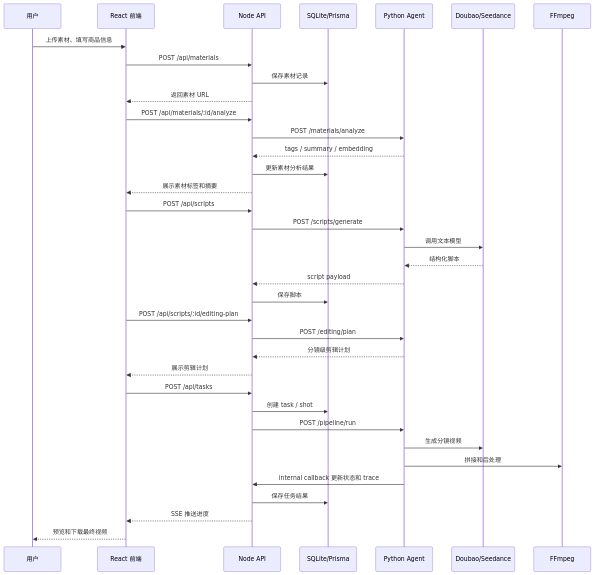
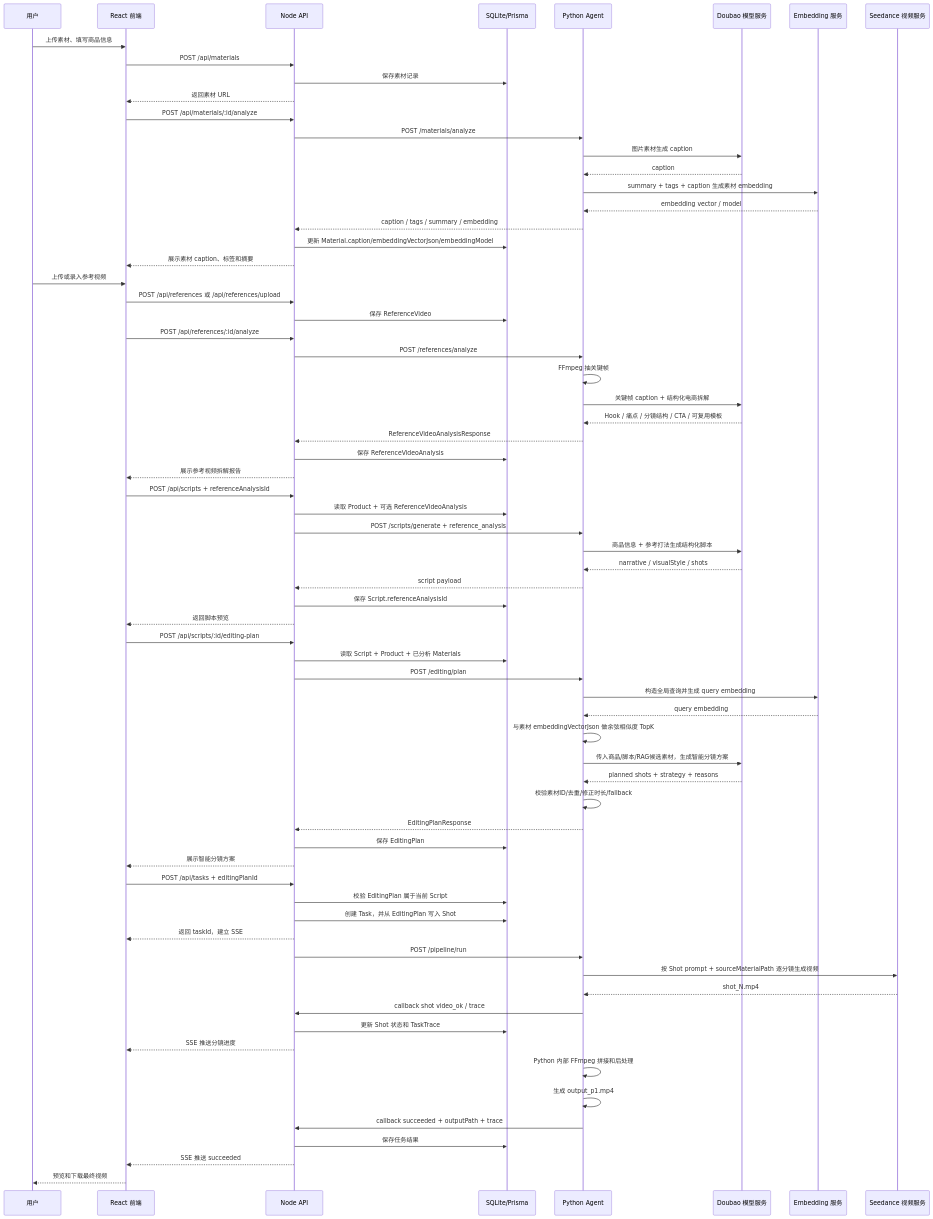
The third of 17 diagrams in docs/项目讲解.md (xiaoyugangg/tiktok_shop), drawn with Mermaid before and after one commit. The commit also changed other lines of this file and 46 other files, not shown here.

Commit message:
feat: add P1 Python agent reference workflow

````diff
--- a/docs/项目讲解.md
+++ b/docs/项目讲解.md
@@ -167,43 +210,77 @@
 ```mermaid
 sequenceDiagram
   participant U as 用户
   participant Web as React 前端
   participant API as Node API
   participant DB as SQLite/Prisma
   participant Agent as Python Agent
-  participant Model as Doubao/Seedance
-  participant FF as FFmpeg
+  participant Doubao as Doubao 模型服务
+  participant Embed as Embedding 服务
+  participant Video as Seedance 视频服务
 
   U->>Web: 上传素材、填写商品信息
   Web->>API: POST /api/materials
   API->>DB: 保存素材记录
   API-->>Web: 返回素材 URL
 
   Web->>API: POST /api/materials/:id/analyze
   API->>Agent: POST /materials/analyze
-  Agent-->>API: tags / summary / embedding
-  API->>DB: 更新素材分析结果
-  API-->>Web: 展示素材标签和摘要
+  Agent->>Doubao: 图片素材生成 caption
+  Doubao-->>Agent: caption
+  Agent->>Embed: summary + tags + caption 生成素材 embedding
+  Embed-->>Agent: embedding vector / model
+  Agent-->>API: caption / tags / summary / embedding
+  API->>DB: 更新 Material.caption/embeddingVectorJson/embeddingModel
+  API-->>Web: 展示素材 caption、标签和摘要
 
-  Web->>API: POST /api/scripts
-  API->>Agent: POST /scripts/generate
-  Agent->>Model: 调用文本模型
-  Model-->>Agent: 结构化脚本
+  U->>Web: 上传或录入参考视频
+  Web->>API: POST /api/references 或 /api/references/upload
+  API->>DB: 保存 ReferenceVideo
+  Web->>API: POST /api/references/:id/analyze
+  API->>Agent: POST /references/analyze
+  Agent->>Agent: FFmpeg 抽关键帧
+  Agent->>Doubao: 关键帧 caption + 结构化电商拆解
+  Doubao-->>Agent: Hook / 痛点 / 分镜结构 / CTA / 可复用模板
+  Agent-->>API: ReferenceVideoAnalysisResponse
+  API->>DB: 保存 ReferenceVideoAnalysis
+  API-->>Web: 展示参考视频拆解报告
+
+  Web->>API: POST /api/scripts + referenceAnalysisId
+  API->>DB: 读取 Product + 可选 ReferenceVideoAnalysis
+  API->>Agent: POST /scripts/generate + reference_analysis
+  Agent->>Doubao: 商品信息 + 参考打法生成结构化脚本
+  Doubao-->>Agent: narrative / visualStyle / shots
   Agent-->>API: script payload
-  API->>DB: 保存脚本
+  API->>DB: 保存 Script.referenceAnalysisId
+  API-->>Web: 返回脚本预览
 
   Web->>API: POST /api/scripts/:id/editing-plan
+  API->>DB: 读取 Script + Product + 已分析 Materials
   API->>Agent: POST /editing/plan
-  Agent-->>API: 分镜级剪辑计划
-  API-->>Web: 展示剪辑计划
+  Agent->>Embed: 构造全局查询并生成 query embedding
+  Embed-->>Agent: query embedding
+  Agent->>Agent: 与素材 embeddingVectorJson 做余弦相似度 TopK
+  Agent->>Doubao: 传入商品/脚本/RAG候选素材，生成智能分镜方案
+  Doubao-->>Agent: planned shots + strategy + reasons
+  Agent->>Agent: 校验素材ID/去重/修正时长/fallback
+  Agent-->>API: EditingPlanResponse
+  API->>DB: 保存 EditingPlan
+  API-->>Web: 展示智能分镜方案
 
-  Web->>API: POST /api/tasks
-  API->>DB: 创建 task / shot
+  Web->>API: POST /api/tasks + editingPlanId
+  API->>DB: 校验 EditingPlan 属于当前 Script
+  API->>DB: 创建 Task，并从 EditingPlan 写入 Shot
+  API-->>Web: 返回 taskId，建立 SSE
   API->>Agent: POST /pipeline/run
-  Agent->>Model: 生成分镜视频
-  Agent->>FF: 拼接和后处理
-  Agent->>API: internal callback 更新状态和 trace
+  Agent->>Video: 按 Shot prompt + sourceMaterialPath 逐分镜生成视频
+  Video-->>Agent: shot_N.mp4
+  Agent->>API: callback shot video_ok / trace
+  API->>DB: 更新 Shot 状态和 TaskTrace
+  API-->>Web: SSE 推送分镜进度
+  Agent->>Agent: Python 内部 FFmpeg 拼接和后处理
+  Agent->>Agent: 生成 output_p1.mp4
+  Agent->>API: callback succeeded + outputPath + trace
   API->>DB: 保存任务结果
-  API-->>Web: SSE 推送进度
+  API-->>Web: SSE 推送 succeeded
   Web-->>U: 预览和下载最终视频
 ```
````
